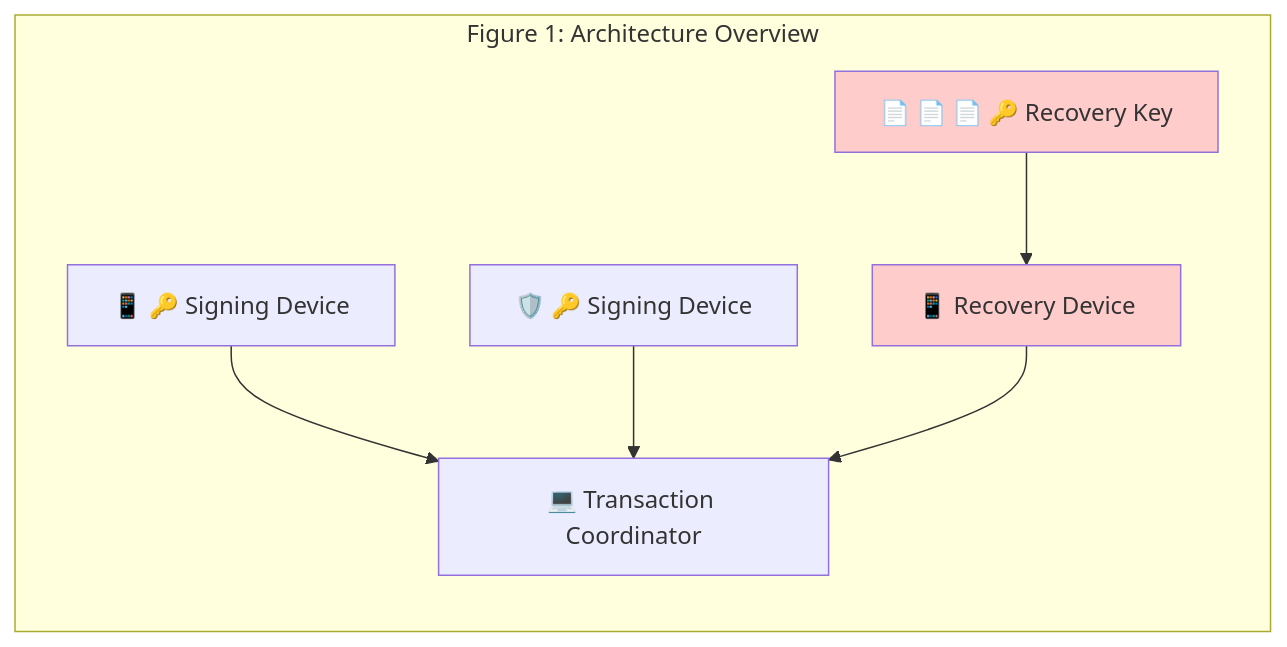
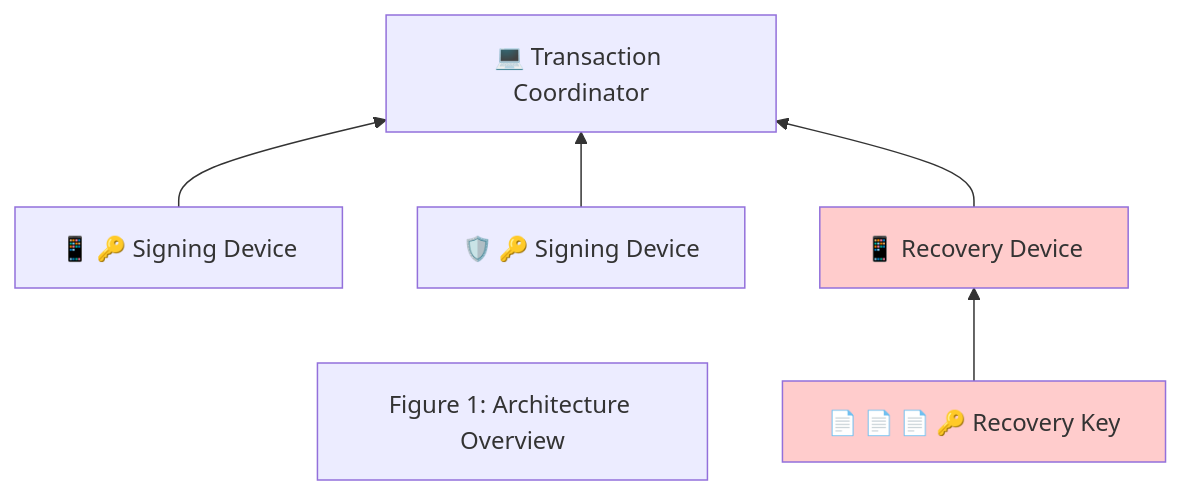
The first of 17 diagrams in Docs/Scenario-Multisig.md (BlockchainCommons/SmartCustody), drawn with Mermaid before and after one commit.

````diff
--- a/Docs/Scenario-Multisig.md
+++ b/Docs/Scenario-Multisig.md
@@ -18,17 +18,16 @@
 ```mermaid
     graph BT;
-    subgraph Figure 1: Architecture Overview
+    0["Figure 1: Architecture Overview"]
     A["💻 Transaction Coordinator"]
     B["📱 🔑 Signing Device"]
     C["🛡️ 🔑 Signing Device"]
     D["📱 Recovery Device"]
     E["📄 📄 📄 🔑 Recovery Key"]
     B-->A;
     C-->A;
     D-->A;
     E-->D;
     
 style D fill:#ffcccc;
 style E fill:#ffcccc;
-    end
 ```
````
